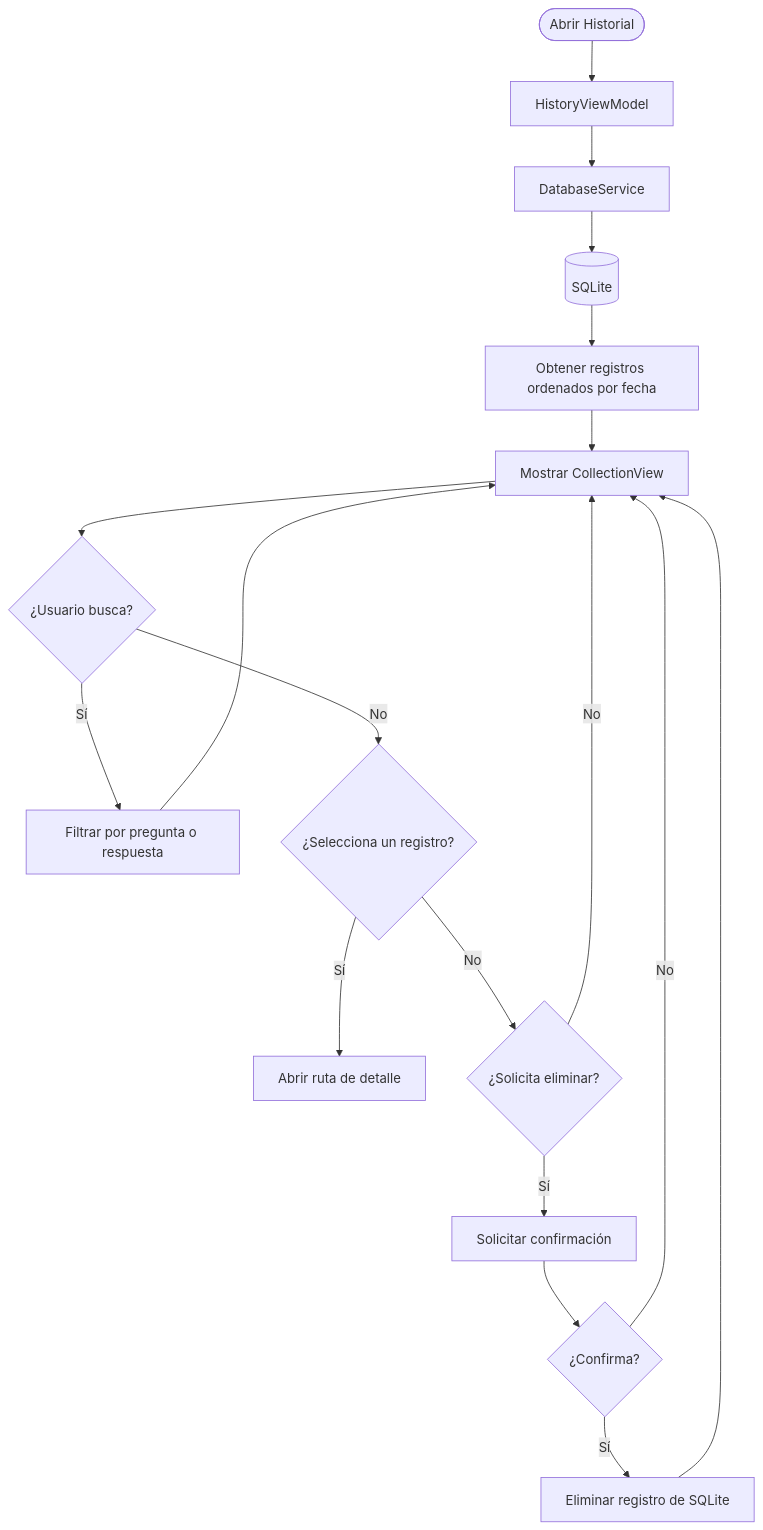
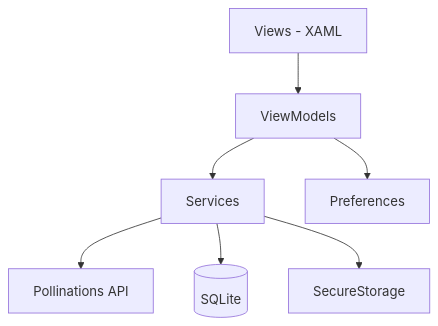
One commit to Cristianm23/AsistenteIA changed the second of 2 diagrams in README.md. Above: the diagram before and after it, drawn with Mermaid. The commit also changed other lines of this file, not shown here.

````diff
--- a/README.md
+++ b/README.md
@@ -110,20 +41,9 @@
 ```mermaid
 flowchart TD
-    A([Abrir Historial]) --> B[HistoryViewModel]
-    B --> C[DatabaseService]
-    C --> D[(SQLite)]
-    D --> E[Obtener registros ordenados por fecha]
-    E --> F[Mostrar CollectionView]
-    F --> G{¿Usuario busca?}
-    G -- Sí --> H[Filtrar por pregunta o respuesta]
-    H --> F
-    G -- No --> I{¿Selecciona un registro?}
-    I -- Sí --> J[Abrir ruta de detalle]
-    I -- No --> K{¿Solicita eliminar?}
-    K -- Sí --> L[Solicitar confirmación]
-    L --> M{¿Confirma?}
-    M -- Sí --> N[Eliminar registro de SQLite]
-    M -- No --> F
-    N --> F
-    K -- No --> F
+    A[Views - XAML] --> B[ViewModels]
+    B --> C[Services]
+    C --> D[Pollinations API]
+    C --> E[(SQLite)]
+    C --> F[SecureStorage]
+    B --> G[Preferences]
 ```
````
